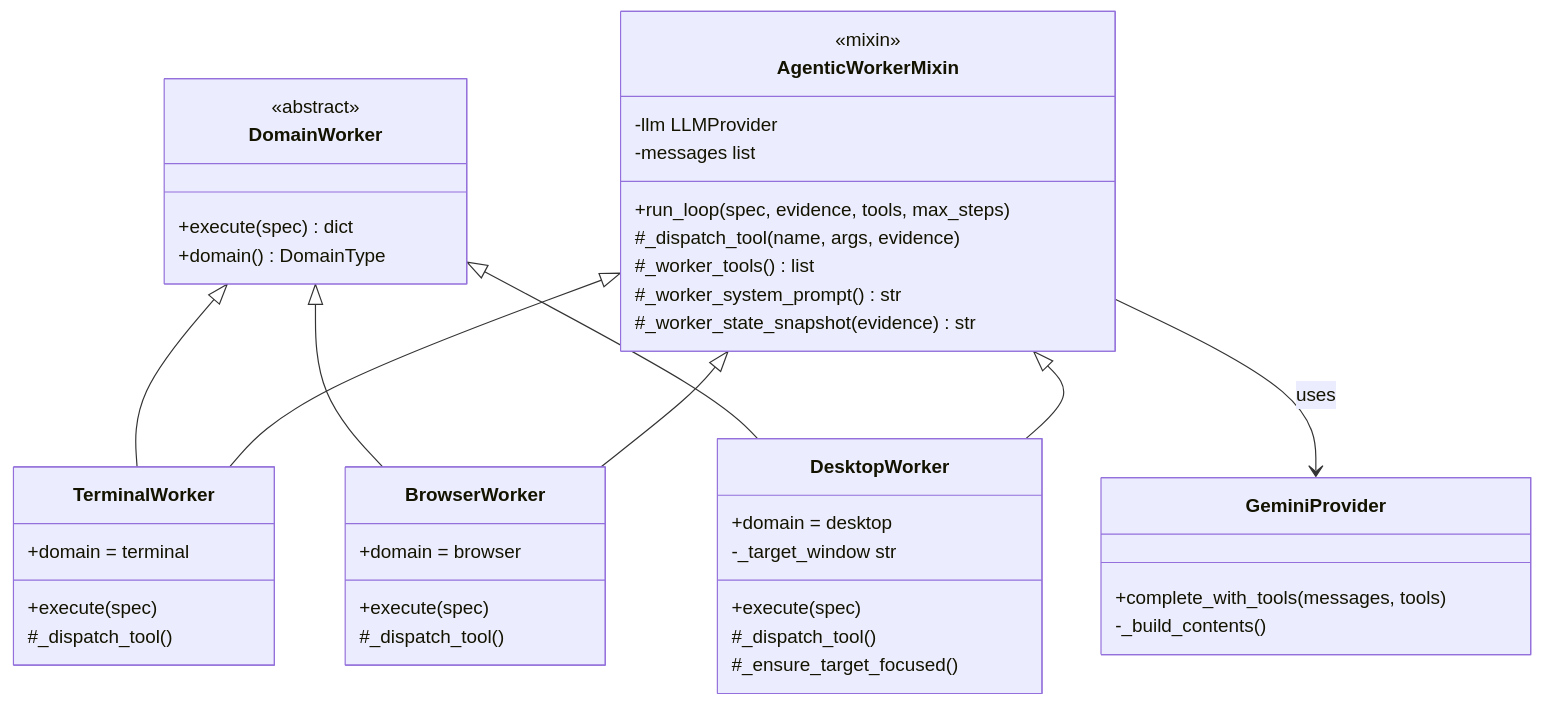
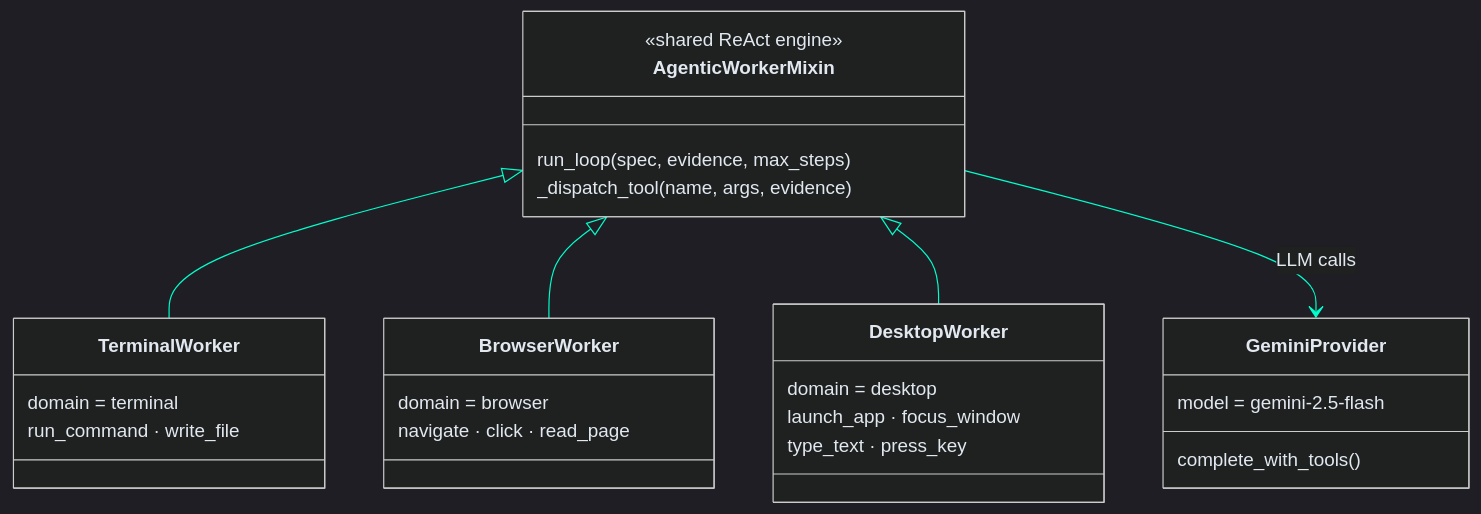
Before and after one commit to DurdeuVlad/trinity-pilot: the diagram in docs/diagrams/05-class-hierarchy.mmd, drawn with Mermaid. The commit also changed 15 other files, not shown here.

First line of the commit message:
docs: simplify architecture diagrams with dark neon theme

```diff
--- a/docs/diagrams/05-class-hierarchy.mmd
+++ b/docs/diagrams/05-class-hierarchy.mmd
@@ -1,50 +1,35 @@
+%%{init: {'theme': 'dark', 'themeVariables': {'background': '#0a0e1a', 'primaryColor': '#0d1433', 'primaryBorderColor': '#00ffcc', 'primaryTextColor': '#e2e8f0', 'lineColor': '#00ffcc', 'classText': '#e2e8f0', 'fontSize': '16px'}}}%%
 classDiagram
-    class DomainWorker {
-        <<abstract>>
-        +execute(spec) dict
-        +domain() DomainType
-    }
+    direction TB
 
     class AgenticWorkerMixin {
-        <<mixin>>
-        -llm LLMProvider
-        -messages list
-        +run_loop(spec, evidence, tools, max_steps)
-        #_dispatch_tool(name, args, evidence)
-        #_worker_tools() list
-        #_worker_system_prompt() str
-        #_worker_state_snapshot(evidence) str
+        <<shared ReAct engine>>
+        run_loop(spec, evidence, max_steps)
+        _dispatch_tool(name, args, evidence)
     }
 
     class TerminalWorker {
-        +domain = terminal
-        +execute(spec)
-        #_dispatch_tool()
+        domain = terminal
+        run_command · write_file
     }
 
     class BrowserWorker {
-        +domain = browser
-        +execute(spec)
-        #_dispatch_tool()
+        domain = browser
+        navigate · click · read_page
     }
 
     class DesktopWorker {
-        +domain = desktop
-        -_target_window str
-        +execute(spec)
-        #_dispatch_tool()
-        #_ensure_target_focused()
+        domain = desktop
+        launch_app · focus_window
+        type_text · press_key
     }
 
     class GeminiProvider {
-        +complete_with_tools(messages, tools)
-        -_build_contents()
+        model = gemini-2.5-flash
+        complete_with_tools()
     }
 
-    DomainWorker <|-- TerminalWorker
-    DomainWorker <|-- BrowserWorker
-    DomainWorker <|-- DesktopWorker
-    AgenticWorkerMixin <|-- TerminalWorker
-    AgenticWorkerMixin <|-- BrowserWorker
-    AgenticWorkerMixin <|-- DesktopWorker
-    AgenticWorkerMixin --> GeminiProvider : uses
+    AgenticWorkerMixin  <|--  TerminalWorker
+    AgenticWorkerMixin  <|--  BrowserWorker
+    AgenticWorkerMixin  <|--  DesktopWorker
+    AgenticWorkerMixin  -->   GeminiProvider : LLM calls
```
